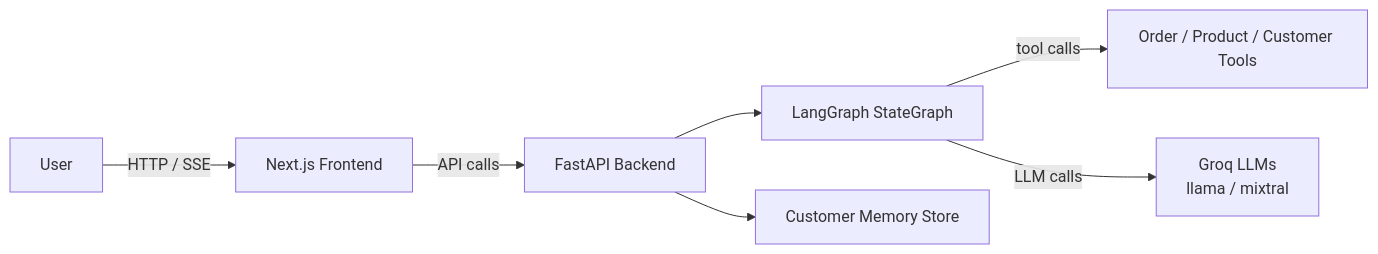
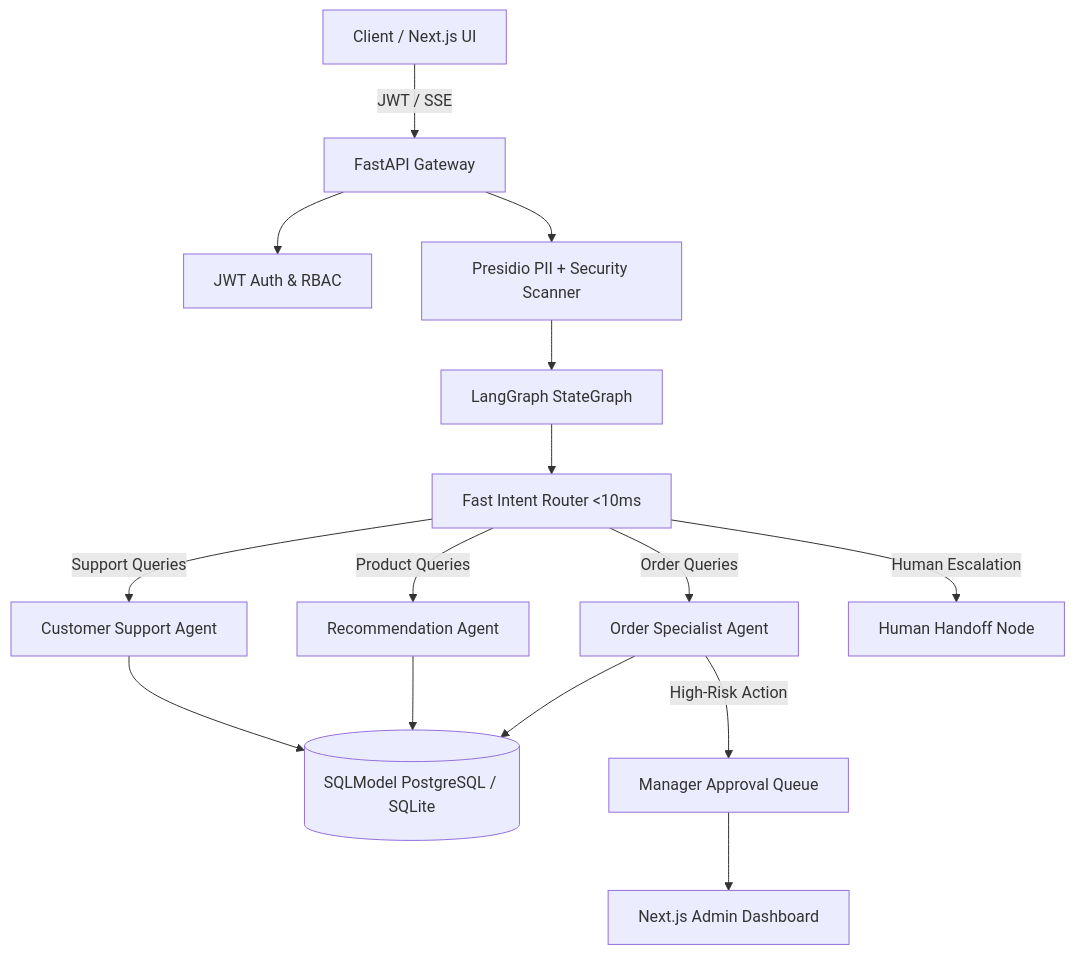
The diagram in README.md (Saumojit30/Aisle), drawn with Mermaid before and after one commit. The commit also changed other lines of this file and 3 other files, not shown here.

Commit message:
docs: update README with v2 architecture, add docker-compose setup and enterprise test suite

````diff
--- a/README.md
+++ b/README.md
@@ -18,9 +24,20 @@
 ```mermaid
-graph LR
-    User -->|HTTP / SSE| Frontend[Next.js Frontend]
-    Frontend -->|API calls| Backend[FastAPI Backend]
-    Backend --> Graph[LangGraph StateGraph]
-    Graph -->|tool calls| Tools[Order / Product / Customer Tools]
-    Graph -->|LLM calls| Groq[Groq LLMs<br/>llama / mixtral]
-    Backend --> Memory[Customer Memory Store]
+graph TD
+    User[Client / Next.js UI] -->|JWT / SSE| API[FastAPI Gateway]
+    API --> Auth[JWT Auth & RBAC]
+    API --> Guard[Presidio PII + Security Scanner]
+    Guard --> Graph[LangGraph StateGraph]
+    Graph --> Supervisor[Fast Intent Router <10ms]
+    
+    Supervisor -->|Order Queries| OrderAgent[Order Specialist Agent]
+    Supervisor -->|Product Queries| RecAgent[Recommendation Agent]
+    Supervisor -->|Support Queries| SupportAgent[Customer Support Agent]
+    Supervisor -->|Human Escalation| HandoffNode[Human Handoff Node]
+    
+    OrderAgent --> DB[(SQLModel PostgreSQL / SQLite)]
+    RecAgent --> DB
+    SupportAgent --> DB
+    
+    OrderAgent -->|High-Risk Action| HITL[Manager Approval Queue]
+    HITL --> AdminDashboard[Next.js Admin Dashboard]
 ```
````
